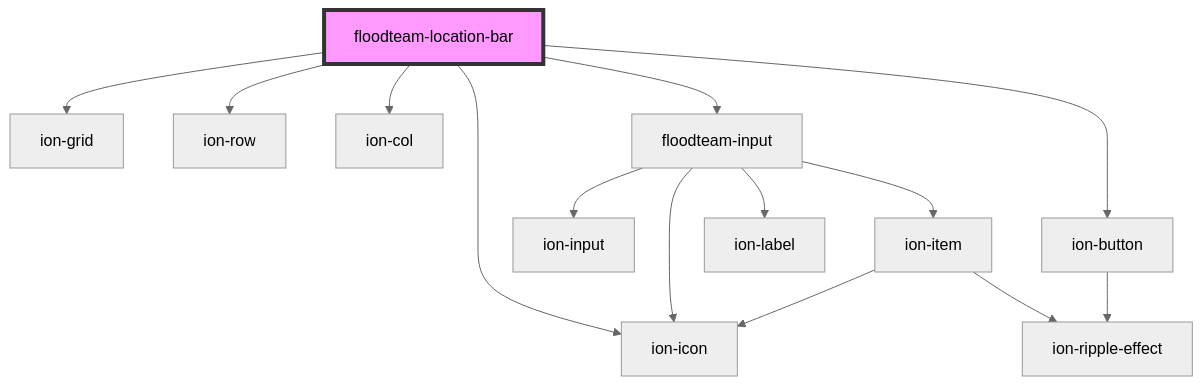
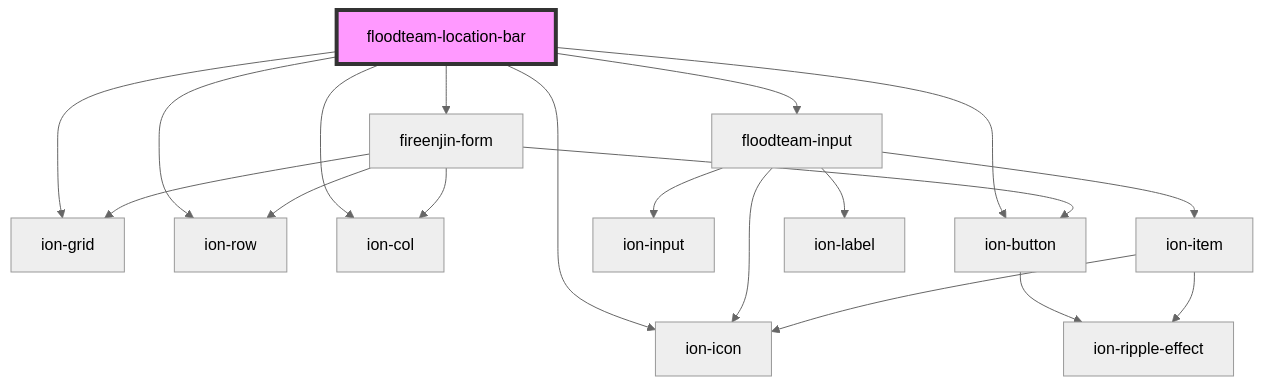
One commit to FloodTeam/components changed the diagram in src/components/location-bar/readme.md. Above: the diagram before and after it, drawn with Mermaid (neutral theme). The commit also changed other lines of this file and 22 other files, not shown here.

````diff
--- a/src/components/location-bar/readme.md
+++ b/src/components/location-bar/readme.md
@@ -30,17 +31,22 @@
 ```mermaid
 graph TD;
   floodteam-location-bar --> ion-grid
   floodteam-location-bar --> ion-row
   floodteam-location-bar --> ion-col
   floodteam-location-bar --> ion-icon
+  floodteam-location-bar --> fireenjin-form
   floodteam-location-bar --> floodteam-input
   floodteam-location-bar --> ion-button
+  fireenjin-form --> ion-grid
+  fireenjin-form --> ion-row
+  fireenjin-form --> ion-col
+  fireenjin-form --> ion-button
+  ion-button --> ion-ripple-effect
   floodteam-input --> ion-input
   floodteam-input --> ion-item
   floodteam-input --> ion-icon
   floodteam-input --> ion-label
   ion-item --> ion-icon
   ion-item --> ion-ripple-effect
-  ion-button --> ion-ripple-effect
   style floodteam-location-bar fill:#f9f,stroke:#333,stroke-width:4px
 ```
````
